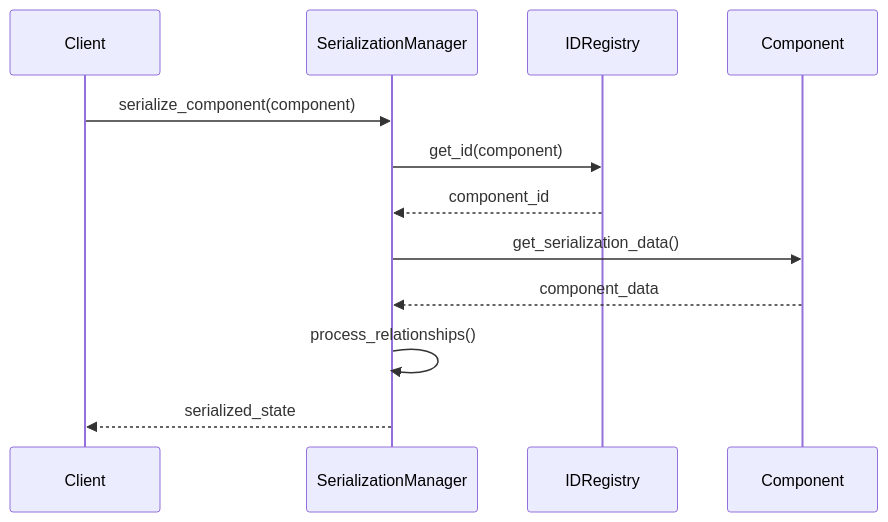
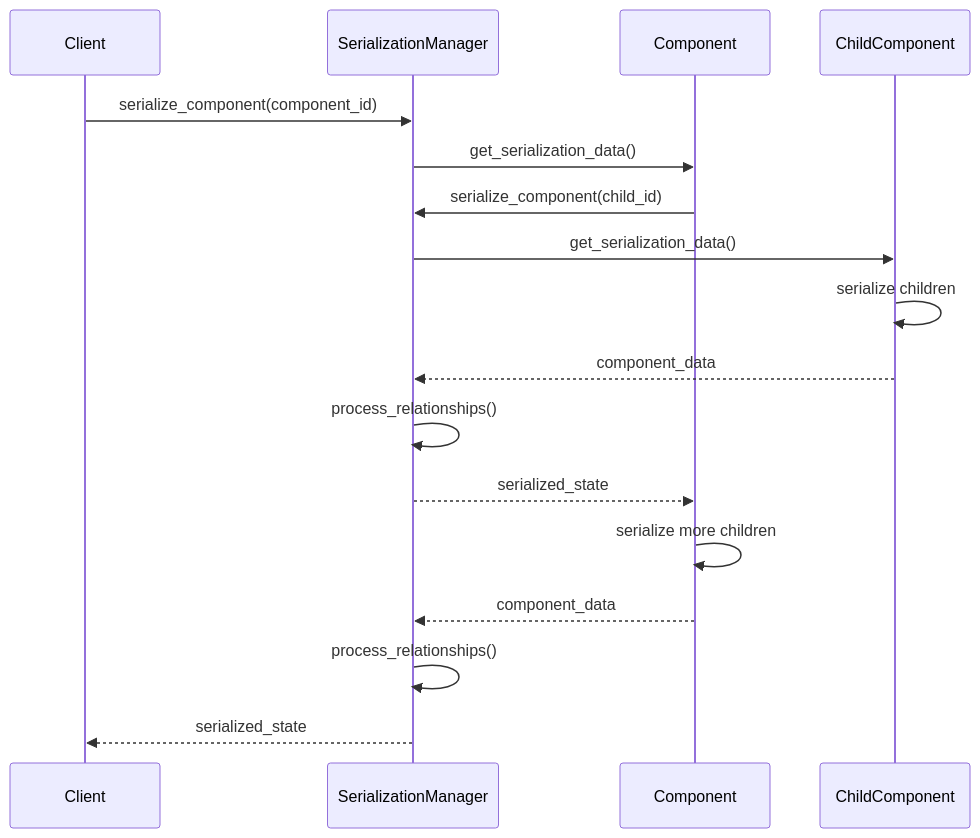
Before and after one commit to maro7tigre/PySignalDecipher: the sixth of 10 diagrams in command_system/docs/serialization_brainstorm.md, drawn with Mermaid. The commit also changed other lines of this file and 7 other files, not shown here.

````diff
--- a/command_system/docs/serialization_brainstorm.md
+++ b/command_system/docs/serialization_brainstorm.md
@@ -168,15 +168,20 @@
 ```mermaid
 sequenceDiagram
     participant Client
     participant SM as SerializationManager
-    participant IDReg as IDRegistry
     participant Component
+    participant CC as ChildComponent
     
-    Client->>SM: serialize_component(component)
-    SM->>IDReg: get_id(component)
-    IDReg-->>SM: component_id
+    Client->>SM: serialize_component(component_id)
     SM->>Component: get_serialization_data()
+    Component ->> SM: serialize_component(child_id)
+    SM ->> CC: get_serialization_data()
+    CC ->> CC: serialize children
+    CC-->>SM: component_data
+    SM->>SM: process_relationships()
+    SM-->>Component: serialized_state
+    Component->> Component: serialize more children
     Component-->>SM: component_data
     SM->>SM: process_relationships()
     SM-->>Client: serialized_state
 ```
````
